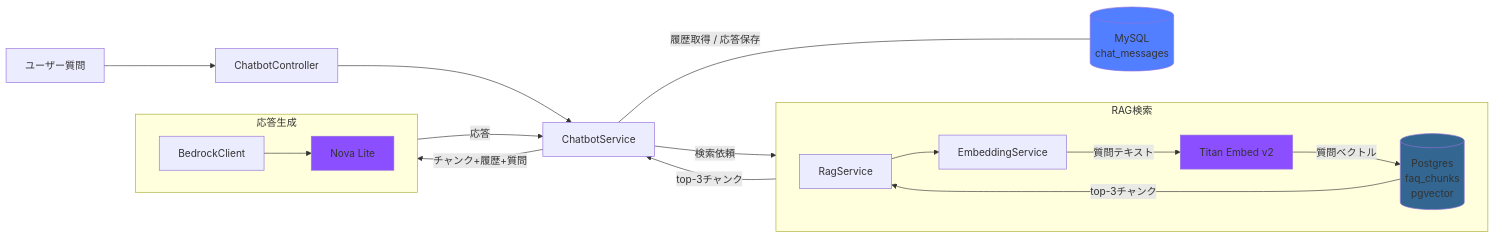
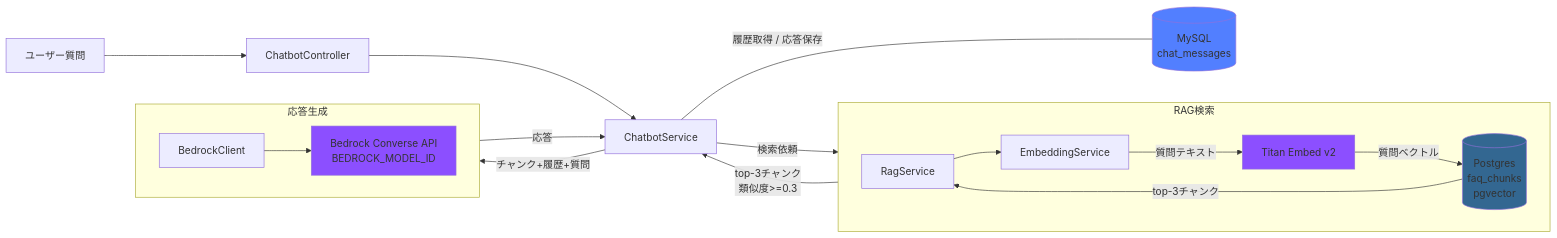
Before and after one commit to tetsu2026/movie-profile: the third of 3 diagrams in docs/design-docs/02_architecture.md, drawn with Mermaid. The commit also changed other lines of this file and 10 other files, not shown here.

````diff
--- a/docs/design-docs/02_architecture.md
+++ b/docs/design-docs/02_architecture.md
@@ -82,37 +82,37 @@
 ```mermaid
 graph LR
 
     %% ===== 左：入口 =====
     User[ユーザー質問] --> Controller[ChatbotController] --> Service[ChatbotService]
 
     %% ===== 上：履歴 =====
     Service ---|履歴取得 / 応答保存| MySQL[(MySQL<br/>chat_messages)]
 
     %% ===== RAG検索 =====
     subgraph Retrieval[RAG検索]
         direction LR
         Rag[RagService] --> Embed[EmbeddingService]
         Embed -->|質問テキスト| Titan[Titan Embed v2]
         Titan -->|質問ベクトル| Postgres[(Postgres<br/>faq_chunks<br/>pgvector)]
         Postgres -->|top-3チャンク| Rag
     end
 
     %% ===== 応答生成 =====
     subgraph Generation[応答生成]
         direction LR
-        Bedrock[BedrockClient] --> Nova[Nova Lite]
+        Bedrock[BedrockClient] --> Converse[Bedrock Converse API<br/>BEDROCK_MODEL_ID]
     end
 
     %% ===== 接続 =====
     Service -->|検索依頼| Rag
-    Rag -->|top-3チャンク| Service
+    Rag -->|top-3チャンク<br/>類似度>=0.3| Service
 
     Service -->|チャンク+履歴+質問| Bedrock
-    Nova -->|応答| Service
+    Converse -->|応答| Service
 
     %% ===== スタイル =====
     style Titan fill:#8C4FFF
-    style Nova fill:#8C4FFF
+    style Converse fill:#8C4FFF
     style MySQL fill:#527FFF
     style Postgres fill:#336791
 ```
````
